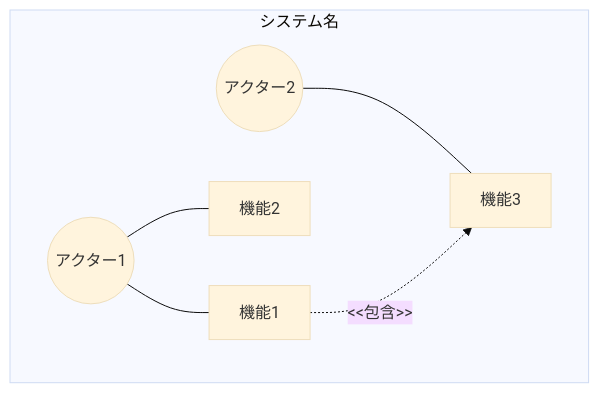
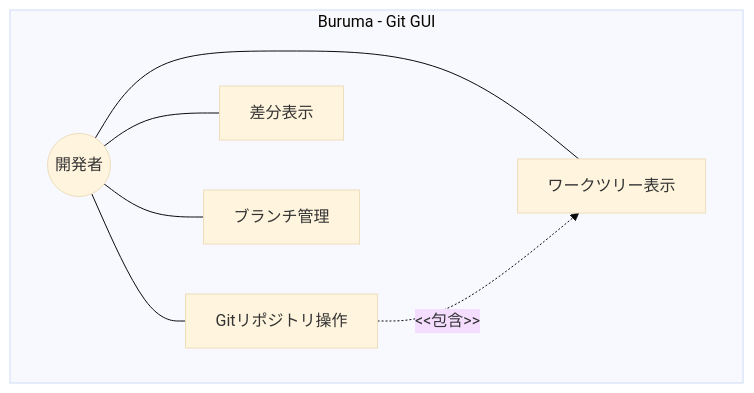
One commit to ToshikiImagawa/Buruma changed the first of 4 diagrams in .sdd/PRD_TEMPLATE.md. Above: the diagram before and after it, drawn with Mermaid (base theme). The commit also changed other lines of this file and 2 other files, not shown here.

````diff
--- a/.sdd/PRD_TEMPLATE.md
+++ b/.sdd/PRD_TEMPLATE.md
@@ -82,15 +61,16 @@
 ```mermaid
 graph TB
-    subgraph "システム名"
-        Actor1((アクター1))
-        Actor2((アクター2))
-        Func1[機能1]
-        Func2[機能2]
-        Func3[機能3]
+    subgraph "Buruma - Git GUI"
+        Developer((開発者))
+        GitRepo[Gitリポジトリ操作]
+        WorktreeView[ワークツリー表示]
+        DiffView[差分表示]
+        BranchMgmt[ブランチ管理]
     end
 
-    Actor1 --- Func1
-    Actor1 --- Func2
-    Actor2 --- Func3
-    Func1 -.->|"&lt;&lt;包含&gt;&gt;"| Func3
+    Developer --- GitRepo
+    Developer --- WorktreeView
+    Developer --- DiffView
+    Developer --- BranchMgmt
+    GitRepo -.->|"<<包含>>"| WorktreeView
 ```
````
